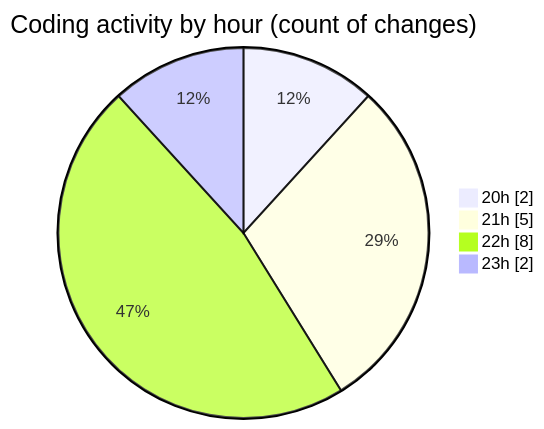
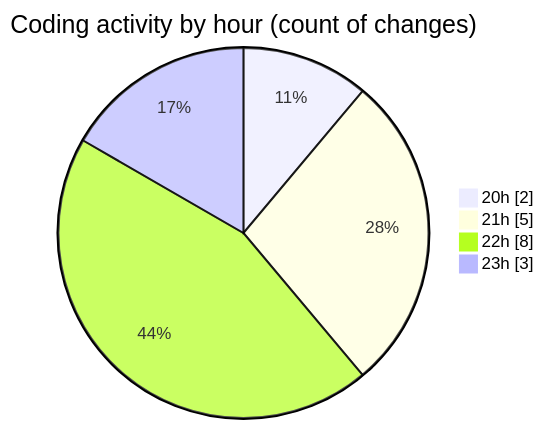
Before and after one commit to hasnaa123/code-tracking: the second of 2 diagrams in 2025-12-23/technologie_web/README.md, drawn with Mermaid. The commit also changed other lines of this file and 1 other file, not shown here.

````diff
--- a/2025-12-23/technologie_web/README.md
+++ b/2025-12-23/technologie_web/README.md
@@ -28,8 +28,8 @@
 ```mermaid
 pie showData
 title Coding activity by hour (count of changes)
 "20h" : 2
 "21h" : 5
 "22h" : 8
-"23h" : 2
+"23h" : 3
 ```
````
